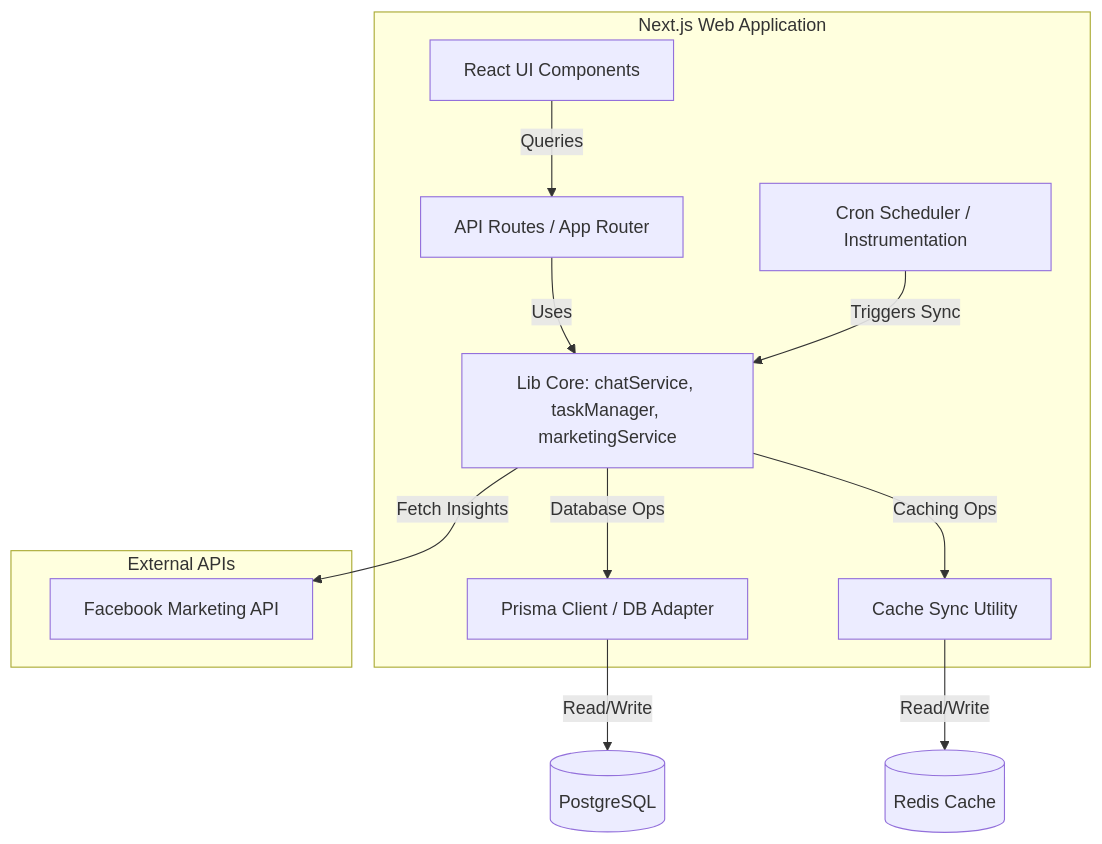
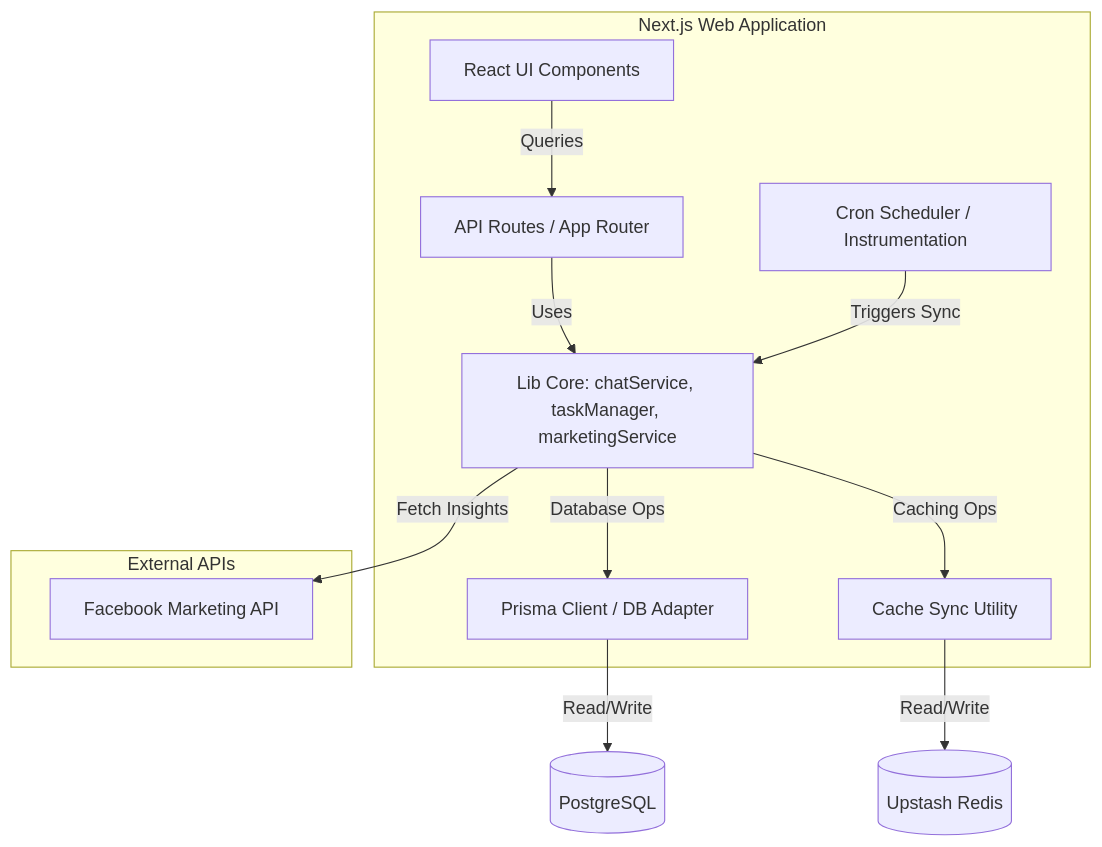
Before and after one commit to Freshair129/crmapp: the third of 6 diagrams in docs/architecture/arc42-main.md, drawn with Mermaid. The commit also changed other lines of this file and 13 other files, not shown here.

````diff
--- a/docs/architecture/arc42-main.md
+++ b/docs/architecture/arc42-main.md
@@ -111,26 +108,26 @@
 ```mermaid
 %% [MermaidChart: e0a42f31-fbb1-49a2-b675-007850abd9a3]
 graph TD
     subgraph Nextjs_App [Next.js Web Application]
         API_Routes[API Routes / App Router]
         UI_Components[React UI Components]
         Lib_Core[Lib Core: chatService, taskManager, marketingService]
         Prisma_Client[Prisma Client / DB Adapter]
         Cache_Sync[Cache Sync Utility]
         Cron_Scheduler[Cron Scheduler / Instrumentation]
     end
 
     subgraph External_APIs [External APIs]
         FB_API[Facebook Marketing API]
     end
 
     UI_Components -->|Queries| API_Routes
     API_Routes -->|Uses| Lib_Core
     Lib_Core -->|Database Ops| Prisma_Client
     Lib_Core -->|Caching Ops| Cache_Sync
     Lib_Core -->|Fetch Insights| FB_API
     
     Cron_Scheduler -->|Triggers Sync| Lib_Core
-    Cache_Sync -->|Read/Write| Redis_Cache[(Redis Cache)]
+    Cache_Sync -->|Read/Write| Upstash_Redis[(Upstash Redis)]
     Prisma_Client -->|Read/Write| Postgres[(PostgreSQL)]
 ```
````
